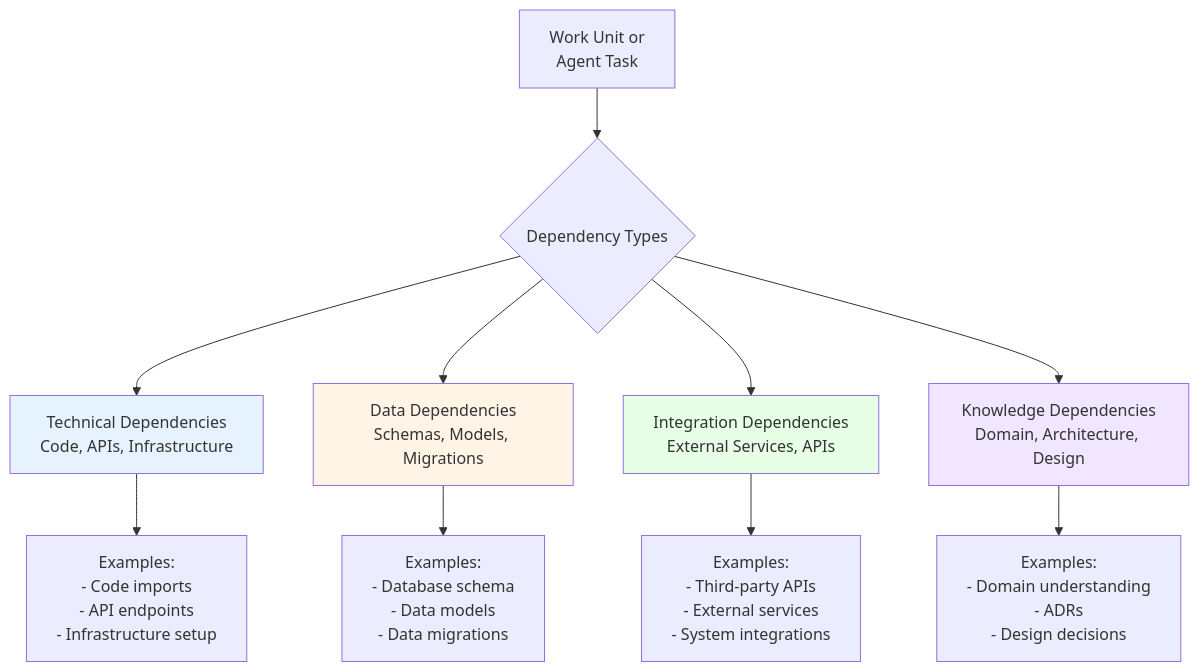
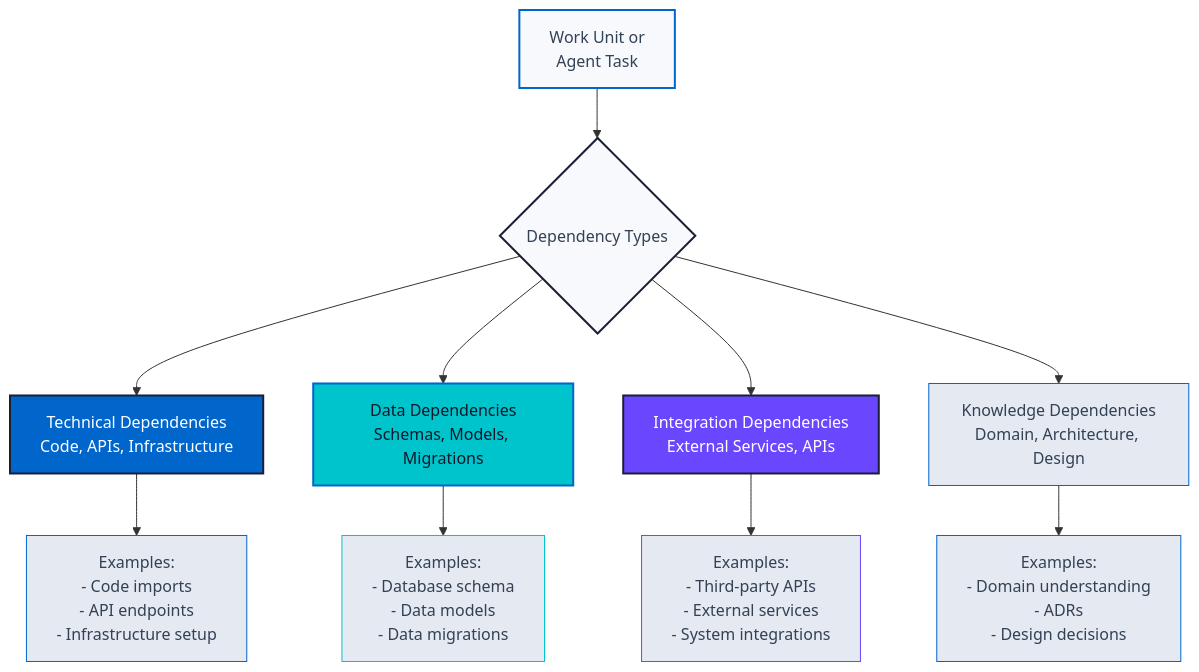
The diagram in docs/09-dependency-management.md (Conductus-Labs/RHYTHM-Method), drawn with Mermaid before and after one commit. The commit also changed other lines of this file and 4 other files, not shown here.

First line of the commit message:
Fix Mermaid diagrams: add challenge loop and update to Conductus branding colors

````diff
--- a/docs/09-dependency-management.md
+++ b/docs/09-dependency-management.md
@@ -59,19 +59,25 @@
 ```mermaid
 graph TD
     Work[Work Unit or<br/>Agent Task] --> DepTypes{Dependency Types}
-    
+
     DepTypes --> Technical[Technical Dependencies<br/>Code, APIs, Infrastructure]
     DepTypes --> Data[Data Dependencies<br/>Schemas, Models, Migrations]
     DepTypes --> Integration[Integration Dependencies<br/>External Services, APIs]
     DepTypes --> Knowledge[Knowledge Dependencies<br/>Domain, Architecture, Design]
-    
+
     Technical --> TechEx[Examples:<br/>- Code imports<br/>- API endpoints<br/>- Infrastructure setup]
     Data --> DataEx[Examples:<br/>- Database schema<br/>- Data models<br/>- Data migrations]
     Integration --> IntEx[Examples:<br/>- Third-party APIs<br/>- External services<br/>- System integrations]
     Knowledge --> KnowEx[Examples:<br/>- Domain understanding<br/>- ADRs<br/>- Design decisions]
-    
-    style Technical fill:#E6F3FF
-    style Data fill:#FFF4E6
-    style Integration fill:#E6FFE6
-    style Knowledge fill:#F0E6FF
+
+    style Technical fill:#0066CC,stroke:#1A1F36,stroke-width:2px,color:#FFFFFF
+    style Data fill:#00C4CC,stroke:#0066CC,stroke-width:2px,color:#0F172A
+    style Integration fill:#6B46FF,stroke:#1A1F36,stroke-width:2px,color:#FFFFFF
+    style Knowledge fill:#E5E9F2,stroke:#0066CC,stroke-width:1px,color:#334155
+    style Work fill:#F7F9FC,stroke:#0066CC,stroke-width:2px,color:#334155
+    style DepTypes fill:#F7F9FC,stroke:#1A1F36,stroke-width:2px,color:#334155
+    style TechEx fill:#E5E9F2,stroke:#0066CC,stroke-width:1px,color:#334155
+    style DataEx fill:#E5E9F2,stroke:#00C4CC,stroke-width:1px,color:#334155
+    style IntEx fill:#E5E9F2,stroke:#6B46FF,stroke-width:1px,color:#334155
+    style KnowEx fill:#E5E9F2,stroke:#0066CC,stroke-width:1px,color:#334155
 ```
````
